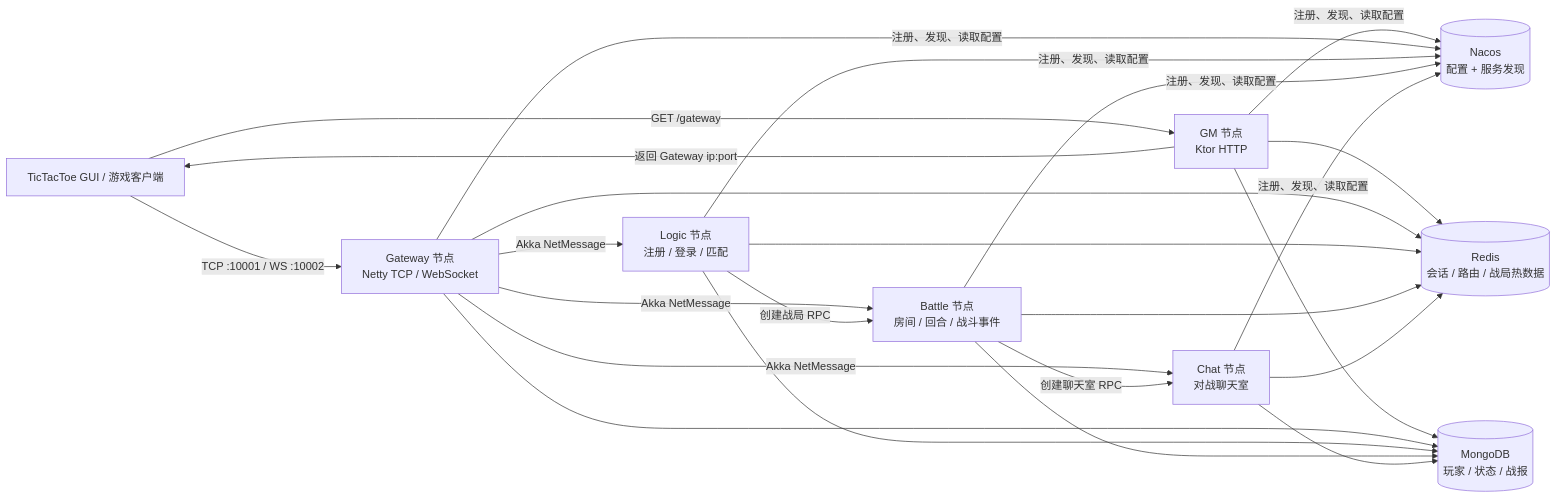
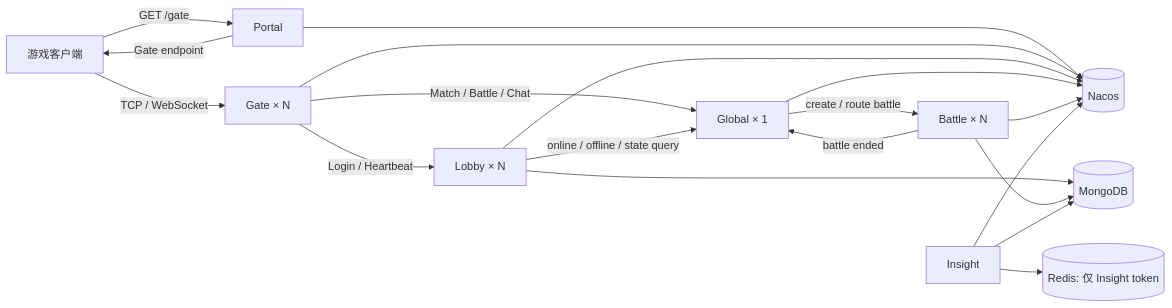
The diagram in README.md (132982jianan/JGameServer), drawn with Mermaid before and after one commit. The commit also changed other lines of this file and 130 other files, not shown here.

````diff
--- a/README.md
+++ b/README.md
@@ -9,25 +9,26 @@
 ```mermaid
 flowchart LR
-    Client["TicTacToe GUI / 游戏客户端"]
-    GM["GM 节点<br/>Ktor HTTP"]
-    Gateway["Gateway 节点<br/>Netty TCP / WebSocket"]
-    Logic["Logic 节点<br/>注册 / 登录 / 匹配"]
-    Battle["Battle 节点<br/>房间 / 回合 / 战斗事件"]
-    Chat["Chat 节点<br/>对战聊天室"]
-    Nacos[("Nacos<br/>配置 + 服务发现")]
-    Redis[("Redis<br/>会话 / 路由 / 战局热数据")]
-    Mongo[("MongoDB<br/>玩家 / 状态 / 战报")]
+    Client[游戏客户端]
+    Portal[Portal]
+    Gate[Gate × N]
+    Lobby[Lobby × N]
+    Global[Global × 1]
+    Battle[Battle × N]
+    Insight[Insight]
+    Nacos[(Nacos)]
+    Mongo[(MongoDB)]
+    Redis[(Redis: 仅 Insight token)]
 
-    Client -- "GET /gateway" --> GM
-    GM -- "返回 Gateway ip:port" --> Client
-    Client -- "TCP :10001 / WS :10002" --> Gateway
-    Gateway -- "Akka NetMessage" --> Logic
-    Gateway -- "Akka NetMessage" --> Battle
-    Gateway -- "Akka NetMessage" --> Chat
-    Logic -- "创建战局 RPC" --> Battle
-    Battle -- "创建聊天室 RPC" --> Chat
+    Client -- GET /gate --> Portal
+    Portal -- Gate endpoint --> Client
+    Client -- TCP / WebSocket --> Gate
+    Gate -- Login / Heartbeat --> Lobby
+    Gate -- Match / Battle / Chat --> Global
+    Lobby -- online / offline / state query --> Global
+    Global -- create / route battle --> Battle
+    Battle -- battle ended --> Global
 
-    GM & Gateway & Logic & Battle & Chat -- "注册、发现、读取配置" --> Nacos
-    GM & Gateway & Logic & Battle & Chat --> Redis
-    GM & Gateway & Logic & Battle & Chat --> Mongo
+    Portal & Gate & Lobby & Global & Battle & Insight --> Nacos
+    Lobby & Battle & Insight --> Mongo
+    Insight --> Redis
 ```
````
